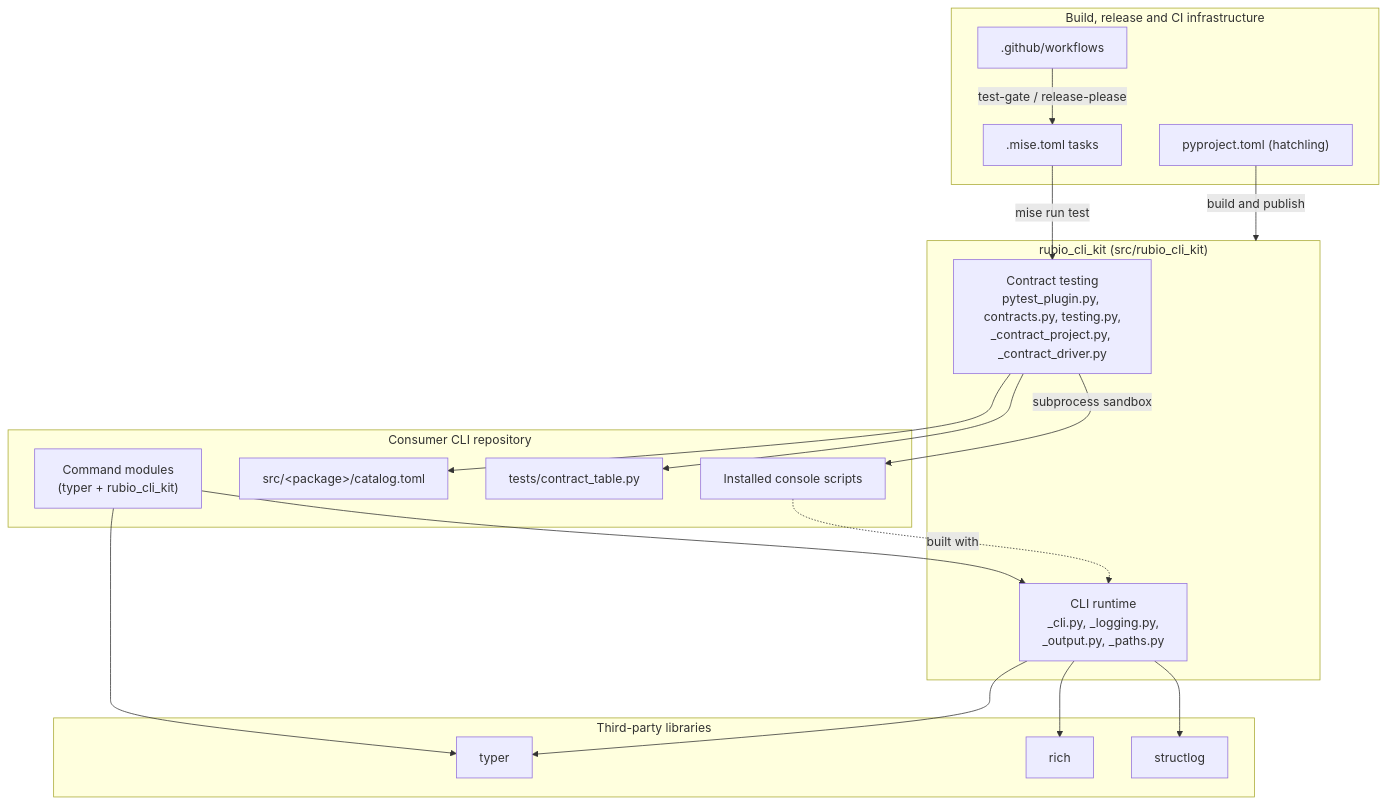
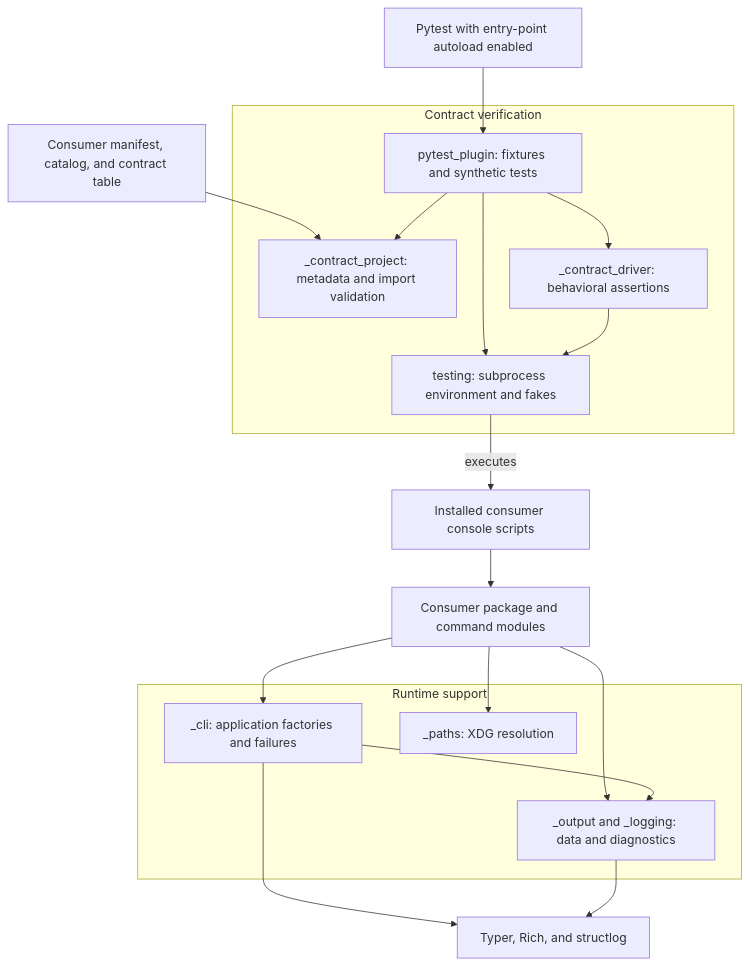
The first of 2 diagrams in docs/codewiki/overview.md (Rubio-Enterprises/rubio-cli-kit), drawn with Mermaid before and after one commit. The commit also changed other lines of this file and 19 other files, not shown here.

````diff
--- a/docs/codewiki/overview.md
+++ b/docs/codewiki/overview.md
@@ -18,40 +35,33 @@
 ```mermaid
 flowchart TB
-    subgraph Consumer["Consumer CLI repository"]
-        CMD["Command modules<br/>(typer + rubio_cli_kit)"]
-        CAT["src/&lt;package&gt;/catalog.toml"]
-        TABLE["tests/contract_table.py"]
-        SCRIPTS["Installed console scripts"]
+    Consumer["Consumer package and command modules"]
+    Scripts["Installed consumer console scripts"]
+    Inputs["Consumer manifest, catalog, and contract table"]
+    Pytest["Pytest with entry-point autoload enabled"]
+    Libraries["Typer, Rich, and structlog"]
+    subgraph Runtime["Runtime support"]
+        Apps["_cli: application factories and failures"]
+        IO["_output and _logging: data and diagnostics"]
+        Paths["_paths: XDG resolution"]
     end
-
-    subgraph Kit["rubio_cli_kit (src/rubio_cli_kit)"]
-        RT["CLI runtime<br/>_cli.py, _logging.py,<br/>_output.py, _paths.py"]
-        CT["Contract testing<br/>pytest_plugin.py, contracts.py, testing.py,<br/>_contract_project.py, _contract_driver.py"]
+    subgraph Harness["Contract verification"]
+        Plugin["pytest_plugin: fixtures and synthetic tests"]
+        Project["_contract_project: metadata and import validation"]
+        Driver["_contract_driver: behavioral assertions"]
+        Sandbox["testing: subprocess environment and fakes"]
     end
-
-    subgraph Deps["Third-party libraries"]
-        TYPER["typer"]
-        RICH["rich"]
-        STRUCT["structlog"]
-    end
-
-    subgraph Infra["Build, release and CI infrastructure"]
-        MISE[".mise.toml tasks"]
-        PYP["pyproject.toml (hatchling)"]
-        GHA[".github/workflows"]
-    end
-
-    CMD --> RT
-    CMD --> TYPER
-    RT --> TYPER
-    RT --> RICH
-    RT --> STRUCT
-    SCRIPTS -. "built with" .-> RT
-    CT --> CAT
-    CT --> TABLE
-    CT -->|"subprocess sandbox"| SCRIPTS
-
-    MISE -->|"mise run test"| CT
-    GHA -->|"test-gate / release-please"| MISE
-    PYP -->|"build and publish"| Kit
+    Consumer --> Apps
+    Consumer --> IO
+    Consumer --> Paths
+    Scripts --> Consumer
+    Apps --> IO
+    Apps --> Libraries
+    IO --> Libraries
+    Pytest --> Plugin
+    Inputs --> Project
+    Plugin --> Project
+    Plugin --> Driver
+    Plugin --> Sandbox
+    Driver --> Sandbox
+    Sandbox -->|executes| Scripts
 ```
````
